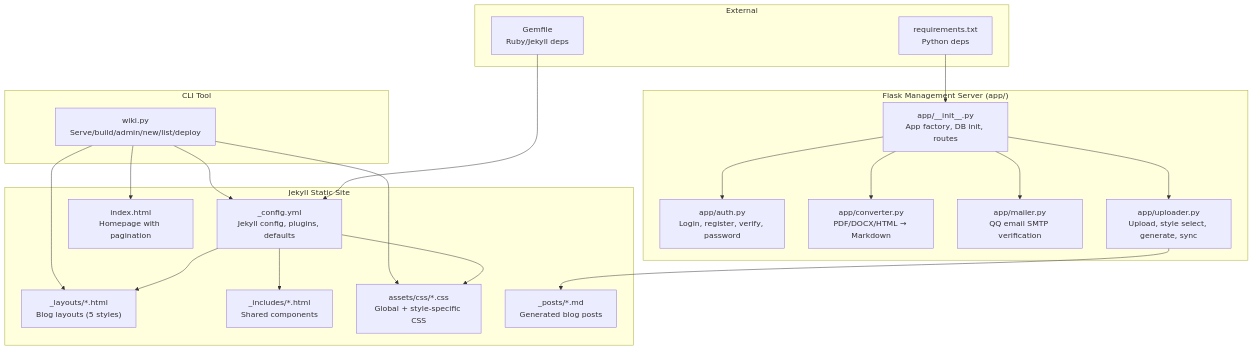
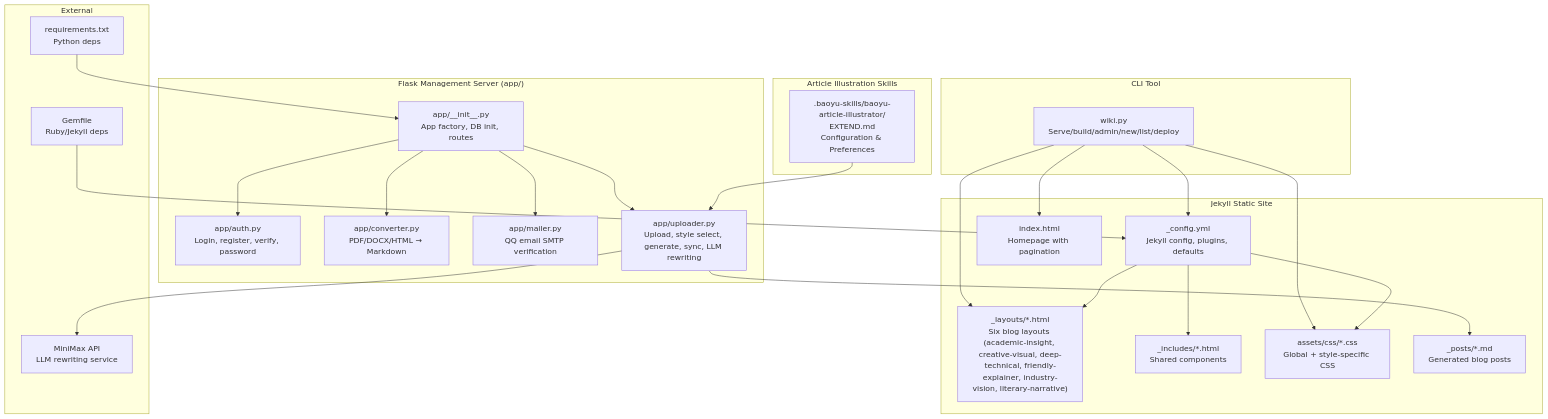
Before and after one commit to PolarisW007/PolaZhenJing: the first of 14 diagrams in .qoder/repowiki/en/content/Frontend Application/Article Presentation System/Article Presentation System.md, drawn with Mermaid. The commit also changed other lines of this file and 11 other files, not shown here.

````diff
--- a/.qoder/repowiki/en/content/Frontend Application/Article Presentation System/Article Presentation System.md
+++ b/.qoder/repowiki/en/content/Frontend Application/Article Presentation System/Article Presentation System.md
@@ -42,39 +64,45 @@
 ```mermaid
 graph TB
 subgraph "Flask Management Server (app/)"
 A_init["app/__init__.py<br/>App factory, DB init, routes"]
 A_auth["app/auth.py<br/>Login, register, verify, password"]
 A_conv["app/converter.py<br/>PDF/DOCX/HTML → Markdown"]
 A_mail["app/mailer.py<br/>QQ email SMTP verification"]
-A_up["app/uploader.py<br/>Upload, style select, generate, sync"]
+A_up["app/uploader.py<br/>Upload, style select, generate, sync, LLM rewriting"]
 end
 subgraph "Jekyll Static Site"
 J_cfg["_config.yml<br/>Jekyll config, plugins, defaults"]
-J_layout["_layouts/*.html<br/>Blog layouts (5 styles)"]
+J_layout["_layouts/*.html<br/>Six blog layouts (academic-insight, creative-visual, deep-technical, friendly-explainer, industry-vision, literary-narrative)"]
 J_inc["_includes/*.html<br/>Shared components"]
 J_css["assets/css/*.css<br/>Global + style-specific CSS"]
 J_posts["_posts/*.md<br/>Generated blog posts"]
 J_index["index.html<br/>Homepage with pagination"]
+end
+subgraph "Article Illustration Skills"
+AIS[".baoyu-skills/baoyu-article-illustrator/<br/>EXTEND.md<br/>Configuration & Preferences"]
 end
 subgraph "CLI Tool"
 CLI_wiki["wiki.py<br/>Serve/build/admin/new/list/deploy"]
 end
 subgraph "External"
 Ext_gem["Gemfile<br/>Ruby/Jekyll deps"]
 Ext_req["requirements.txt<br/>Python deps"]
+Ext_llm["MiniMax API<br/>LLM rewriting service"]
 end
 A_init --> A_auth
 A_init --> A_conv
 A_init --> A_mail
 A_init --> A_up
 A_up --> J_posts
+A_up --> Ext_llm
 CLI_wiki --> J_cfg
 CLI_wiki --> J_layout
 CLI_wiki --> J_css
 CLI_wiki --> J_index
 J_cfg --> J_layout
 J_cfg --> J_inc
 J_cfg --> J_css
 Ext_gem --> J_cfg
 Ext_req --> A_init
+AIS --> A_up
 ```
````
